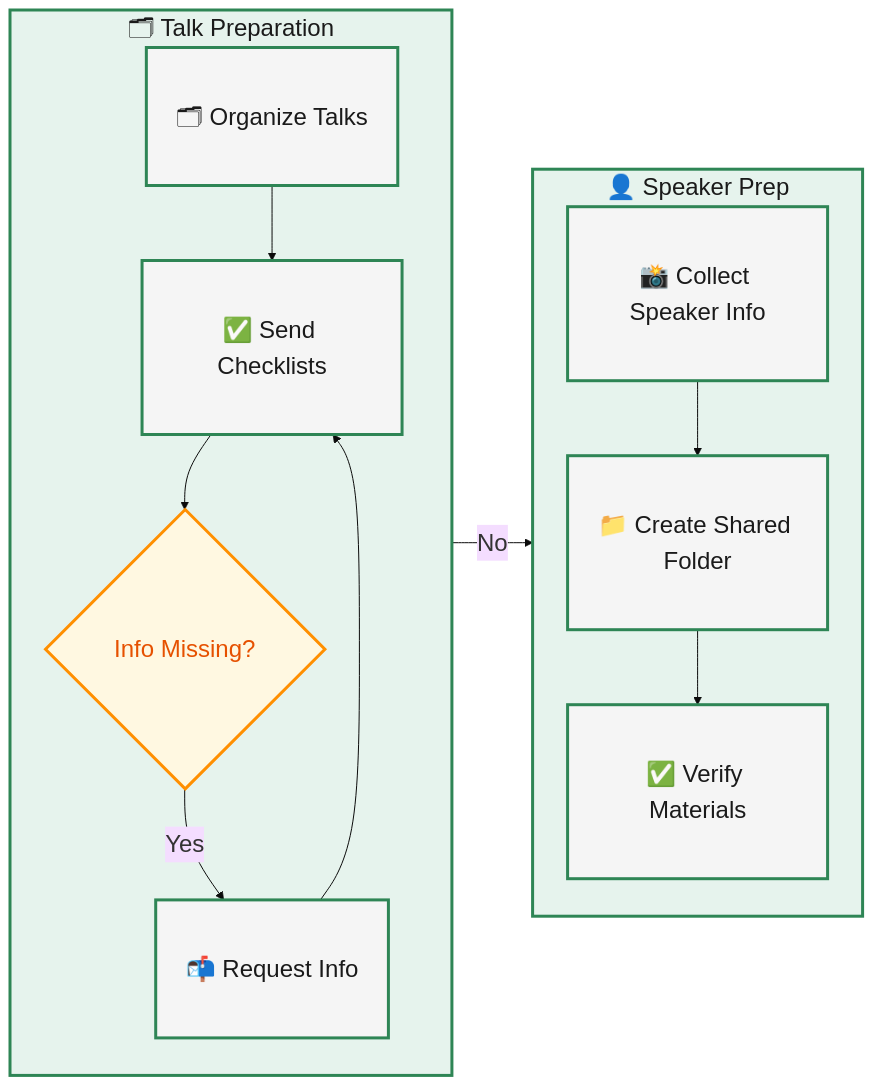
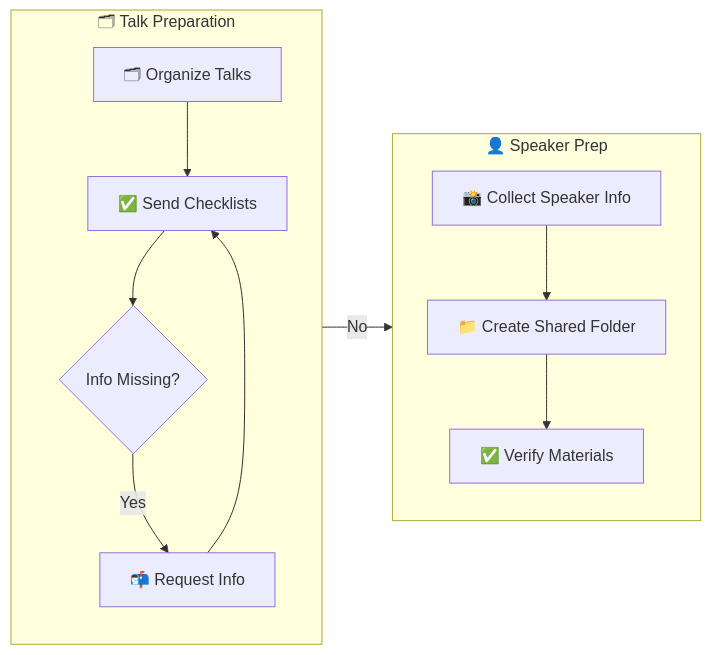
The third of 4 diagrams in docs/lightning-talks/processes/project-workflow.md (CBID2/VC-Community-Docs), drawn with Mermaid before and after one commit. The commit also changed other lines of this file and 5 other files, not shown here.

First line of the commit message:
Restore React 19 and simplify Mermaid diagrams

````diff
--- a/docs/lightning-talks/processes/project-workflow.md
+++ b/docs/lightning-talks/processes/project-workflow.md
@@ -146,33 +110,15 @@
 ```mermaid
-%%{init: {'theme':'base', 'themeVariables': {'fontSize':'24px', 'fontFamily':'arial'}}}%%
 flowchart LR
-  %% Left Column - Talk Preparation
   subgraph A["🗂 Talk Preparation"]
     direction TB
-    A1["🗂 Organize Talks"]
-    A2["✅ Send Checklists"]
-    A3{"Info Missing?"}
-    A4["📬 Request Info"]
-    A1 --> A2 --> A3
-    A3 -- Yes --> A4 --> A2
+    A1["🗂 Organize Talks"] --> A2["✅ Send Checklists"] --> A3{"Info Missing?"}
+    A3 -- Yes --> A4["📬 Request Info"] --> A2
   end
 
-  %% Right Column - Speaker Prep
   subgraph B["👤 Speaker Prep"]
     direction TB
-    B1["📸 Collect Speaker Info"]
-    B2["📁 Create Shared Folder"]
-    B3["✅ Verify Materials"]
-    B1 --> B2 --> B3
+    B1["📸 Collect Speaker Info"] --> B2["📁 Create Shared Folder"] --> B3["✅ Verify Materials"]
   end
 
-  %% Flow between columns
   A3 -- No --> B1
-
-  %% Styling
-  classDef default fill:#f5f5f5,stroke:#2e8555,stroke-width:3px,color:#1a1a1a,padding:15px;
-  classDef process fill:#e6f3ed,stroke:#2e8555,stroke-width:3px,color:#1a1a1a;
-  classDef decision fill:#fff8e1,stroke:#ff8f00,stroke-width:3px,color:#e65100;
-  class A,B process;
-  class A3 decision;
 ```
````
